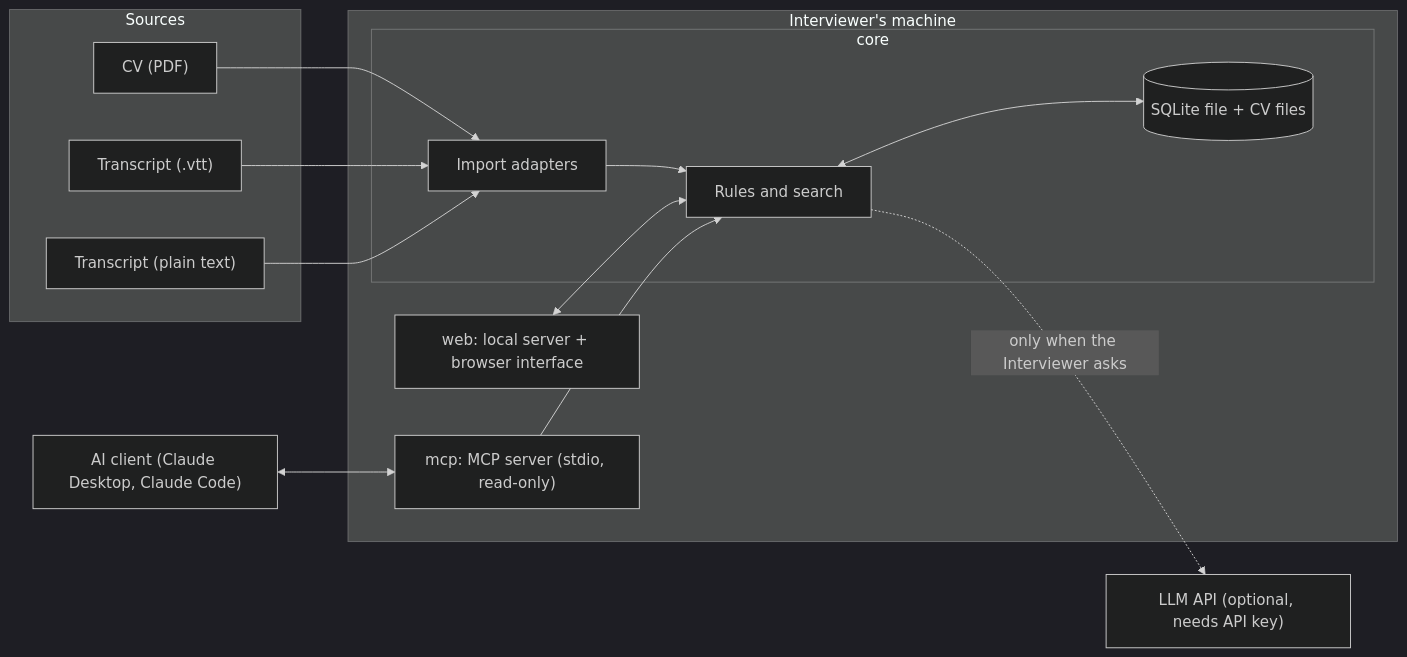
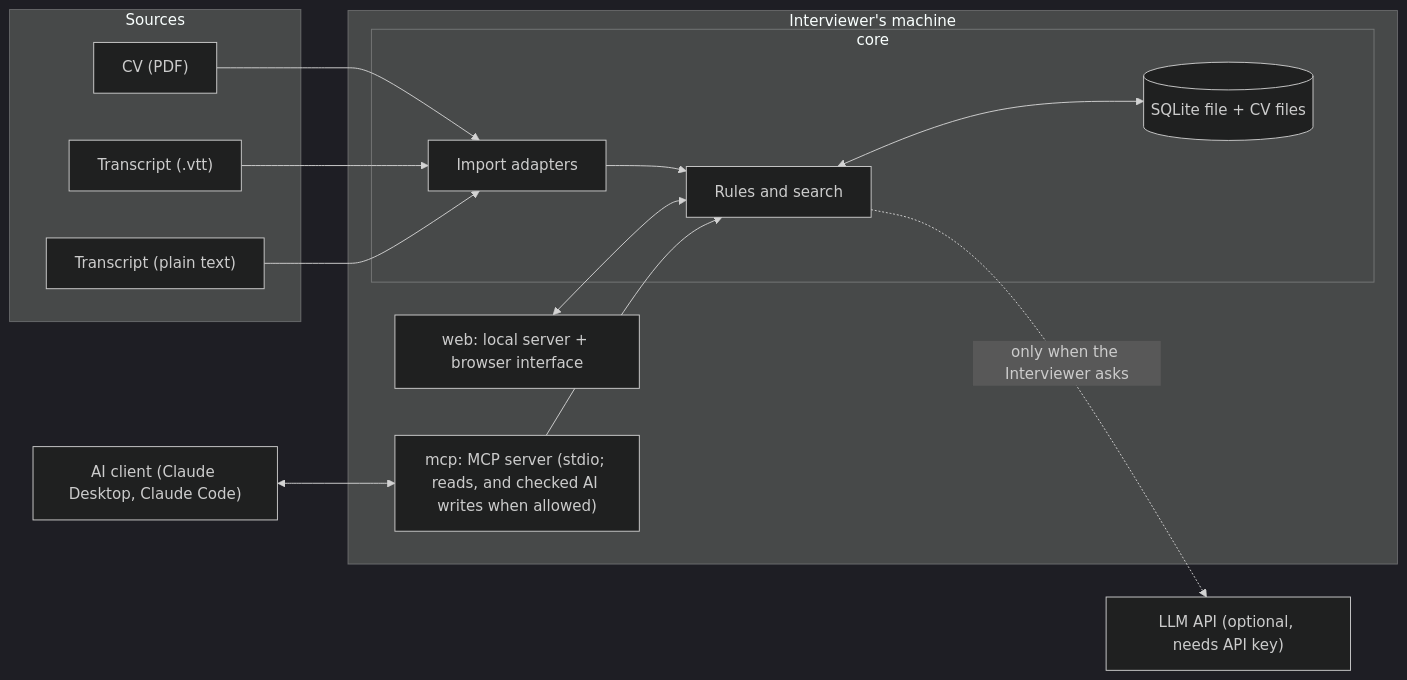
The first of 2 diagrams in docs/architecture.md (GDenizKaratas/interview-companion), drawn with Mermaid (dark theme) before and after one commit. The commit also changed other lines of this file and 25 other files, not shown here.

First line of the commit message:
Let the AI client save checked AI Notes and Suggested Questions through MCP, when allowed (#50)

````diff
--- a/docs/architecture.md
+++ b/docs/architecture.md
@@ -17,31 +17,31 @@
 ```mermaid
 flowchart LR
     subgraph Sources
         PDF["CV (PDF)"]
         VTT["Transcript (.vtt)"]
         TXT["Transcript (plain text)"]
     end
 
     subgraph Machine["Interviewer's machine"]
         subgraph Core["core"]
             Adapters["Import adapters"]
             Rules["Rules and search"]
             DB[("SQLite file + CV files")]
         end
         Web["web: local server + browser interface"]
-        MCP["mcp: MCP server (stdio, read-only)"]
+        MCP["mcp: MCP server (stdio; reads, and checked AI writes when allowed)"]
     end
 
     Client["AI client (Claude Desktop, Claude Code)"]
     LLM["LLM API (optional, needs API key)"]
 
     PDF --> Adapters
     VTT --> Adapters
     TXT --> Adapters
     Adapters --> Rules
     Rules <--> DB
     Web <--> Rules
     MCP --> Rules
     Client <--> MCP
     Rules -.->|"only when the Interviewer asks"| LLM
 ```
````
